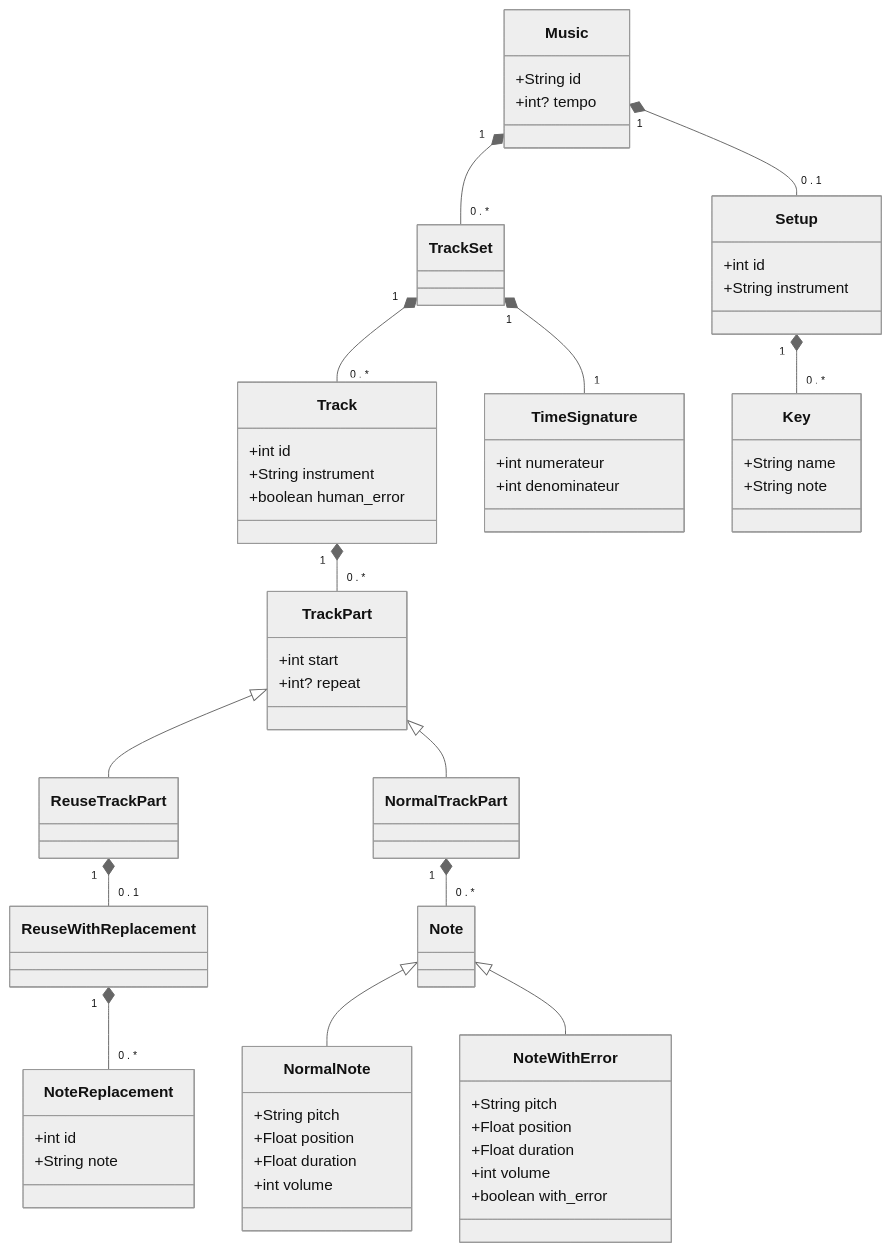
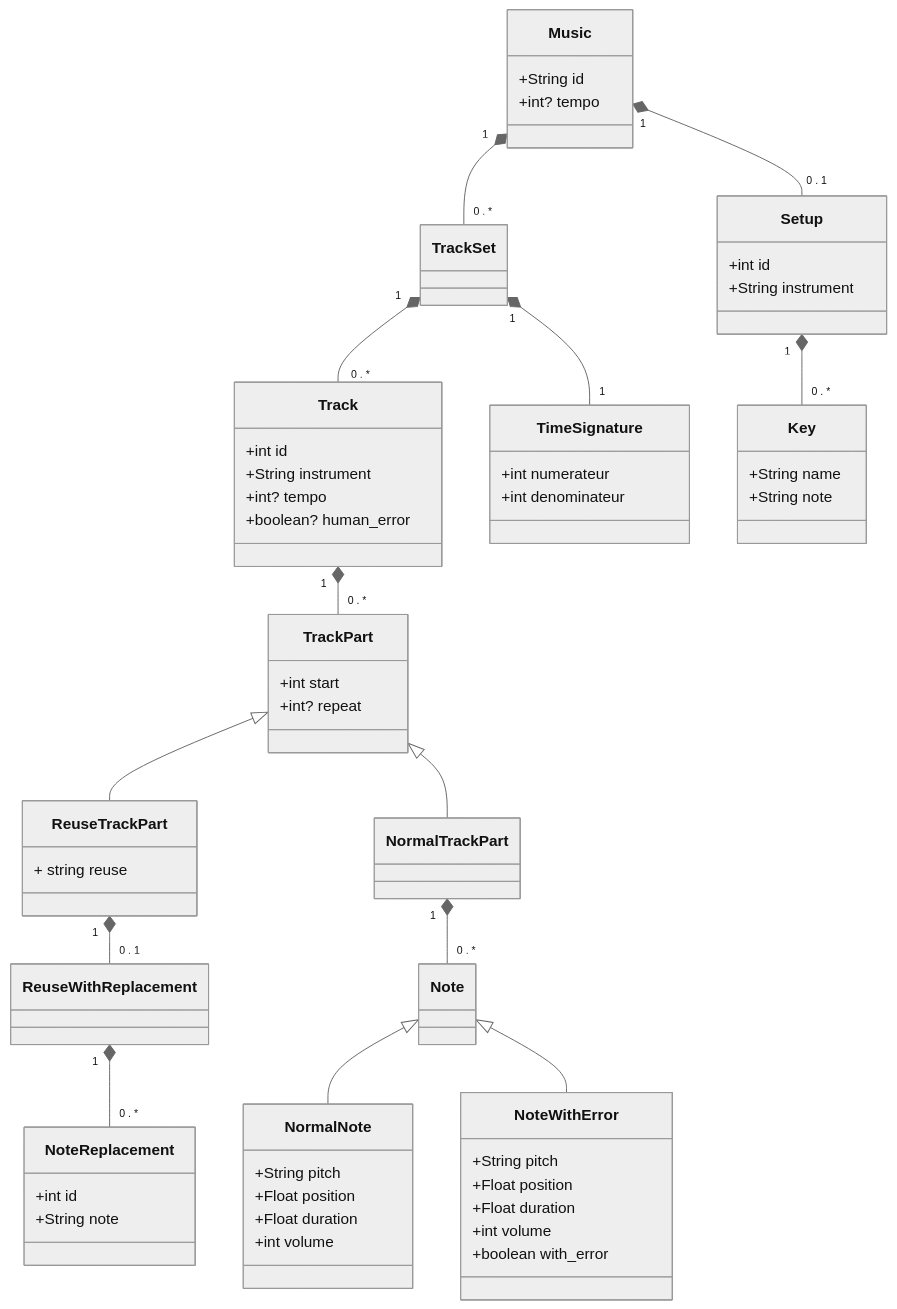
Before and after one commit to Jules-Prince/musicae: the diagram in README.md, drawn with Mermaid (neutral theme).

Commit message:
update diagram

```diff
--- a/README.md
+++ b/README.md
@@ -59,7 +59,8 @@
     class Track{
       +int id
       +String instrument
-      +boolean human_error
+      +int? tempo
+      +boolean? human_error
     }
 
     class TrackPart{
@@ -74,6 +75,7 @@
     
 
     class ReuseTrackPart{
+        + string reuse
 
     }
 
```
